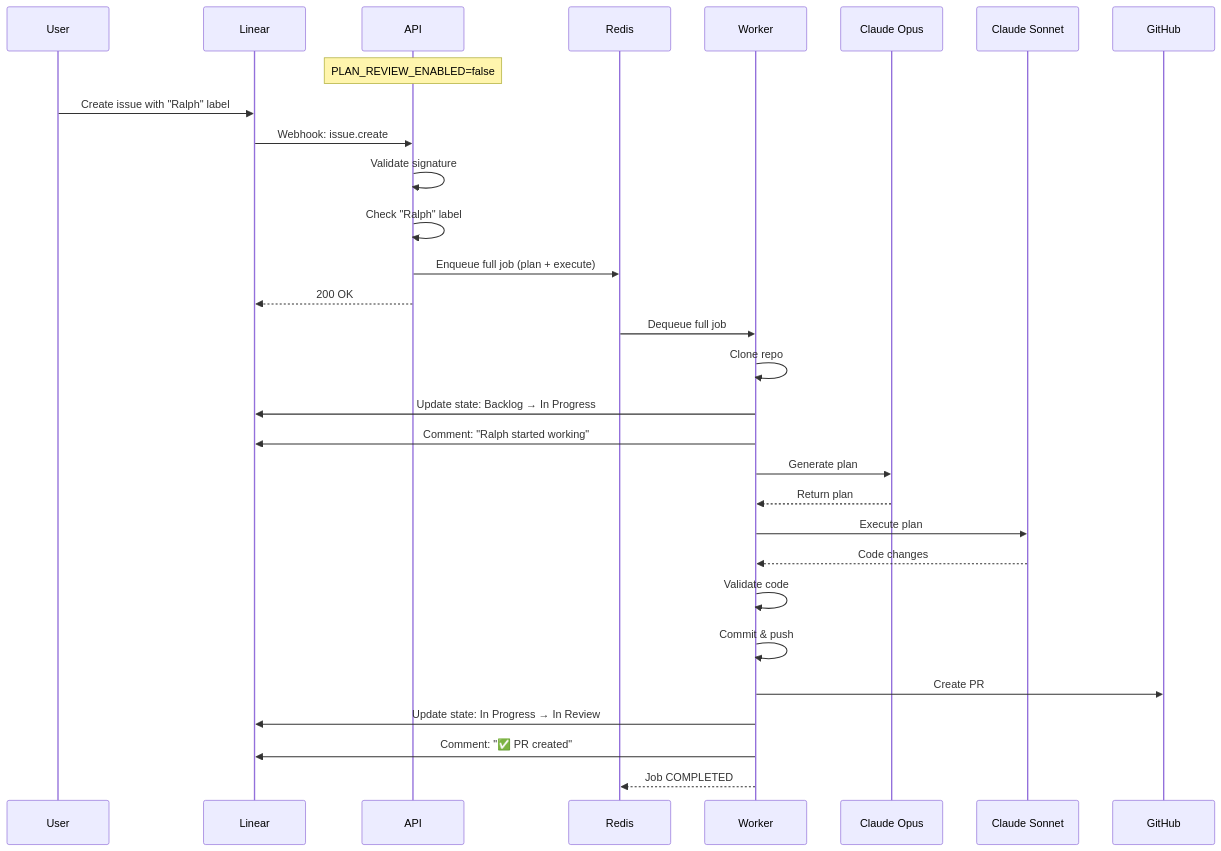
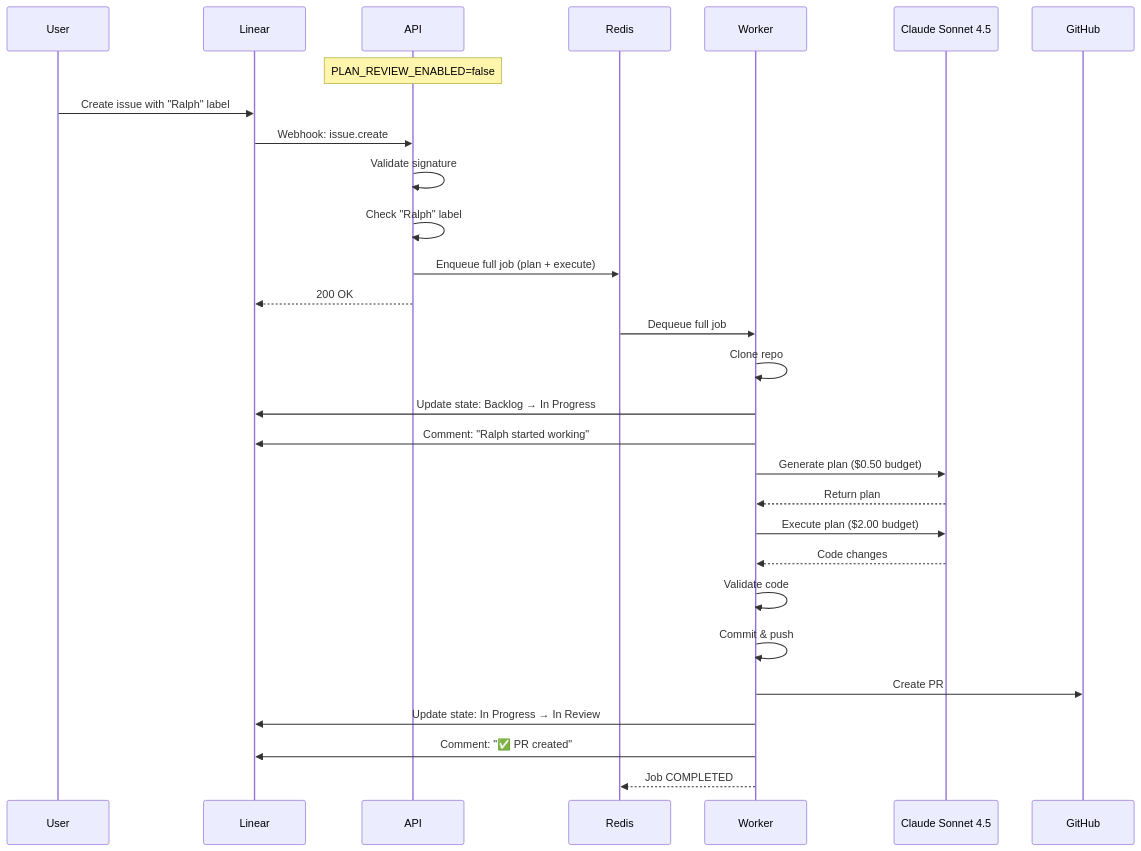
One commit to Replikanti/ralph-platform changed the fourth of 7 diagrams in ARCHITECTURE.md. Above: the diagram before and after it, drawn with Mermaid. The commit also changed other lines of this file and 5 other files, not shown here.

````diff
--- a/ARCHITECTURE.md
+++ b/ARCHITECTURE.md
@@ -361,38 +361,37 @@
 ```mermaid
 sequenceDiagram
     participant User
     participant Linear
     participant API
     participant Redis
     participant Worker
-    participant Opus as Claude Opus
-    participant Sonnet as Claude Sonnet
+    participant Sonnet as Claude Sonnet 4.5
     participant GitHub
 
     Note over API: PLAN_REVIEW_ENABLED=false
 
     User->>Linear: Create issue with "Ralph" label
     Linear->>API: Webhook: issue.create
     API->>API: Validate signature
     API->>API: Check "Ralph" label
     API->>Redis: Enqueue full job (plan + execute)
     API-->>Linear: 200 OK
 
     Redis->>Worker: Dequeue full job
     Worker->>Worker: Clone repo
     Worker->>Linear: Update state: Backlog → In Progress
     Worker->>Linear: Comment: "Ralph started working"
 
-    Worker->>Opus: Generate plan
-    Opus-->>Worker: Return plan
+    Worker->>Sonnet: Generate plan ($0.50 budget)
+    Sonnet-->>Worker: Return plan
 
-    Worker->>Sonnet: Execute plan
+    Worker->>Sonnet: Execute plan ($2.00 budget)
     Sonnet-->>Worker: Code changes
 
     Worker->>Worker: Validate code
     Worker->>Worker: Commit & push
     Worker->>GitHub: Create PR
     Worker->>Linear: Update state: In Progress → In Review
     Worker->>Linear: Comment: "✅ PR created"
     Worker-->>Redis: Job COMPLETED
 ```
````
